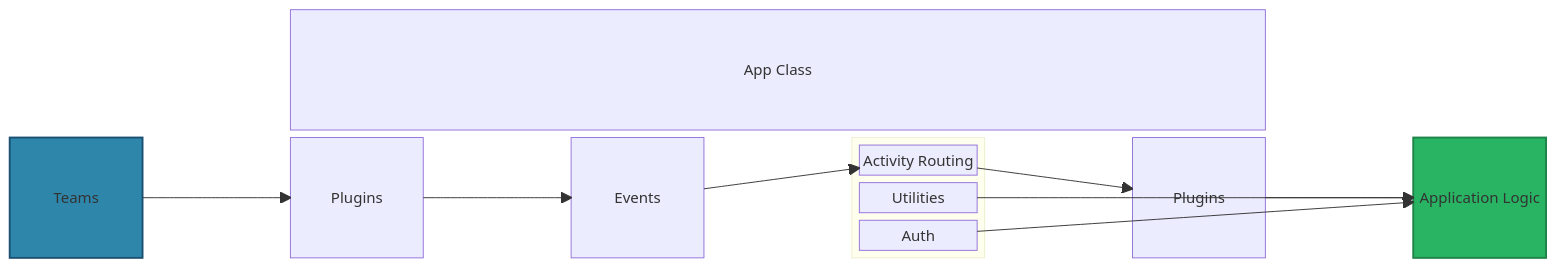
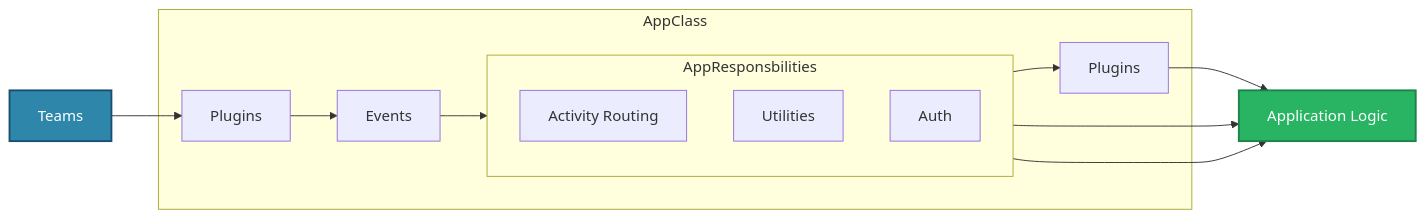
One commit to microsoft/teams-ai changed the diagram in book/src/3.essentials/1.app-class.md. Above: the diagram before and after it, drawn with Mermaid. The commit also changed 70 other files, not shown here.

````diff
--- a/book/src/3.essentials/1.app-class.md
+++ b/book/src/3.essentials/1.app-class.md
@@ -13,33 +13,33 @@
 ```mermaid
-block-beta
-        columns 11
-        space:2
-        AppClassTitle["App Class"]:7
-        space:2
-        Teams
-        space:1
+flowchart LR
+    %% Layout Definitions
+    direction LR
+
+    Teams
+
+    subgraph AppClass
         CorePlugins["Plugins"]
-        space
         Events["Events"]
-        space
-        block:AppResponsbilities
-            columns 1
+        subgraph AppResponsbilities
+            direction TB
             ActivityRouting["Activity Routing"]
             Utilities["Utilities"]
             Auth["Auth"]
         end
-        space
         Plugins2["Plugins"]
-        space
-        ApplicationLogic["Application Logic"]
-        Teams --> CorePlugins
-        CorePlugins --> Events
-        Events --> ActivityRouting
-        ActivityRouting --> Plugins2
-        Plugins2 --> ApplicationLogic
-        Auth --> ApplicationLogic
-        Utilities --> ApplicationLogic
+    end
+    ApplicationLogic["Application Logic"]
 
+    %% Connections
+    Teams --> CorePlugins
+    CorePlugins --> Events
+    Events --> ActivityRouting
+    ActivityRouting --> Plugins2
+    Plugins2 --> ApplicationLogic
+    Auth --> ApplicationLogic
+    Utilities --> ApplicationLogic
+
+    %% Styling
     style Teams fill:#2E86AB,stroke:#1B4F72,stroke-width:2px,color:#ffffff
     style ApplicationLogic fill:#28B463,stroke:#1D8348,stroke-width:2px,color:#ffffff
 ```
````
